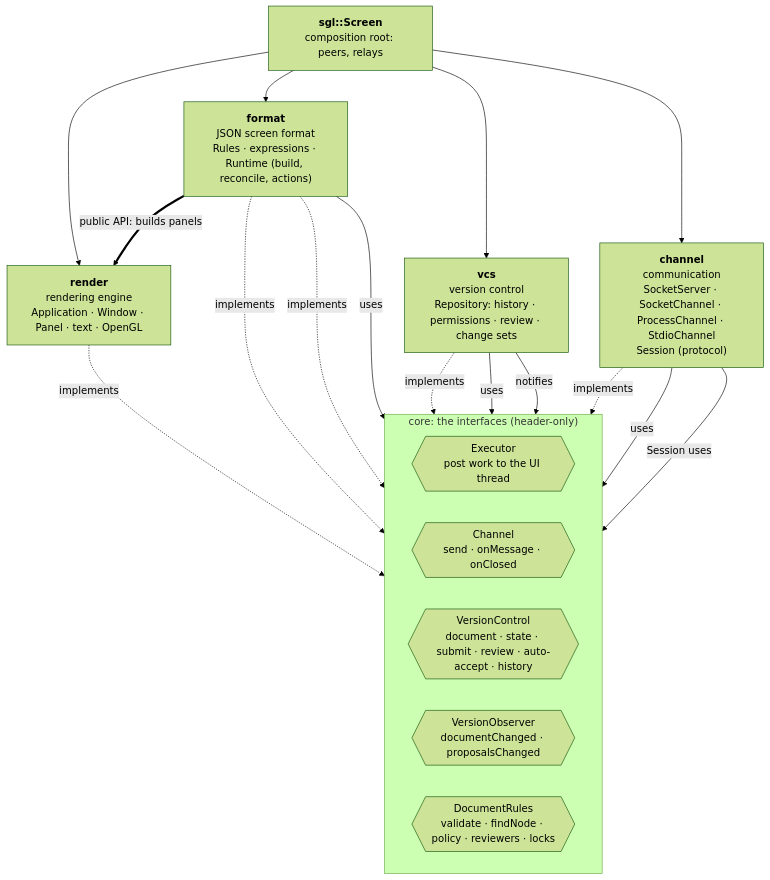
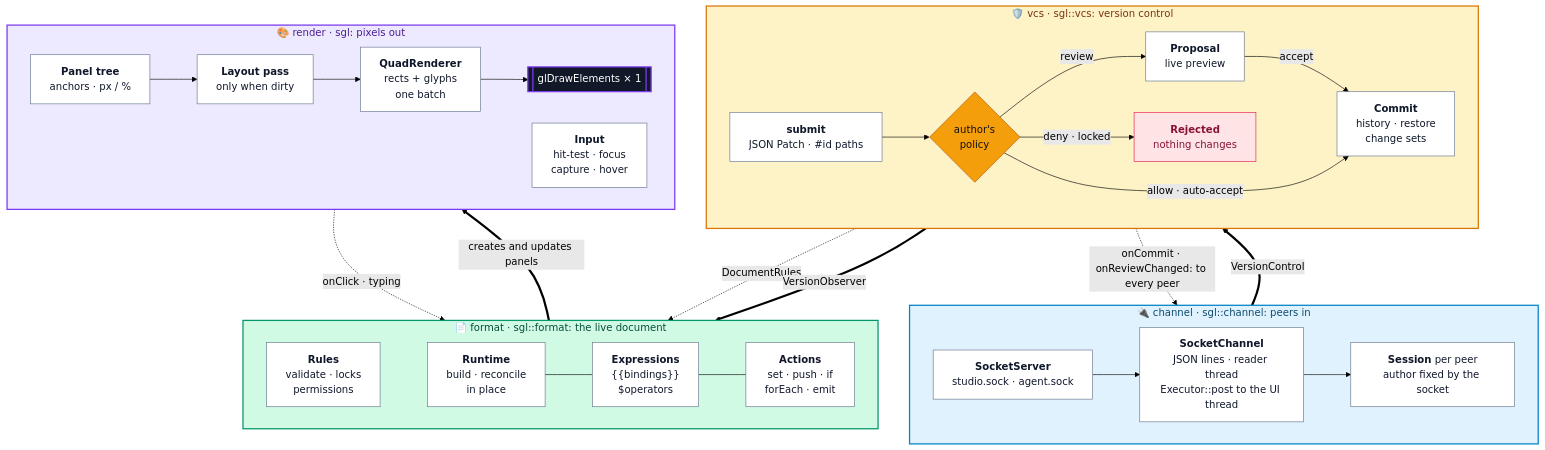
The second of 5 diagrams in README.md (RiccardoSottini/AffrescoUI), drawn with Mermaid (forest theme) before and after one commit. The commit also changed other lines of this file and 65 other files, not shown here.

First line of the commit message:
Document every function and replace the dashboard with five templates

````diff
--- a/README.md
+++ b/README.md
@@ -86,32 +211,46 @@
 ```mermaid
 flowchart TB
-    subgraph core["core: the interfaces (header-only)"]
+    subgraph CH["🔌 channel · sgl::channel: peers in"]
         direction LR
-        IExec{{"Executor<br/>post work to the UI thread"}}
-        IChan{{"Channel<br/>send · onMessage · onClosed"}}
-        IVcs{{"VersionControl<br/>document · state · submit · review · auto-accept · history"}}
-        IObs{{"VersionObserver<br/>documentChanged · proposalsChanged"}}
-        IRules{{"DocumentRules<br/>validate · findNode · policy · reviewers · locks"}}
+        SS["<b>SocketServer</b><br/>studio.sock · agent.sock"] --> SC["<b>SocketChannel</b><br/>JSON lines · reader thread<br/>Executor::post to the UI thread"] --> SE["<b>Session</b> per peer<br/>author fixed by the socket"]
     end
 
-    render["<b>render</b><br/>rendering engine<br/>Application · Window · Panel · text · OpenGL"]
-    format["<b>format</b><br/>JSON screen format<br/>Rules · expressions · Runtime (build, reconcile, actions)"]
-    vcs["<b>vcs</b><br/>version control<br/>Repository: history · permissions · review · change sets"]
-    channel["<b>channel</b><br/>communication<br/>SocketServer · SocketChannel · ProcessChannel · StdioChannel<br/>Session (protocol)"]
-    screen["<b>sgl::Screen</b><br/>composition root: peers, relays"]
+    subgraph VC["🛡️ vcs · sgl::vcs: version control"]
+        direction LR
+        SUB["<b>submit</b><br/>JSON Patch · #id paths"] --> POL{"author's<br/>policy"}
+        POL -- "review" --> PRO["<b>Proposal</b><br/>live preview"] -- "accept" --> COM
+        POL -- "allow · auto-accept" --> COM["<b>Commit</b><br/>history · restore<br/>change sets"]
+        POL -- "deny · locked" --> REJ["<b>Rejected</b><br/>nothing changes"]
+    end
 
-    render -.->|implements| IExec
-    channel -.->|implements| IChan
-    vcs -.->|implements| IVcs
-    format -.->|implements| IRules
-    format -.->|implements| IObs
+    subgraph FM["📄 format · sgl::format: the live document"]
+        direction LR
+        RU["<b>Rules</b><br/>validate · locks<br/>permissions"] ~~~ RT["<b>Runtime</b><br/>build · reconcile<br/>in place"] --- EXP["<b>Expressions</b><br/>{{bindings}}<br/>$operators"] --- ACT["<b>Actions</b><br/>set · push · if<br/>forEach · emit"]
+    end
 
-    channel -->|uses| IExec
-    channel -->|Session uses| IVcs
-    vcs -->|uses| IRules
-    vcs -->|notifies| IObs
-    format -->|uses| IVcs
-    format ==>|public API: builds panels| render
+    subgraph RD["🎨 render · sgl: pixels out"]
+        direction LR
+        TREE["<b>Panel tree</b><br/>anchors · px / %"] --> LAY["<b>Layout pass</b><br/>only when dirty"] --> QR["<b>QuadRenderer</b><br/>rects + glyphs<br/>one batch"] --> GL[["glDrawElements × 1"]]
+        IN["<b>Input</b><br/>hit-test · focus<br/>capture · hover"]
+    end
 
-    screen --> render & format & vcs & channel
+    SE == "VersionControl" ==> SUB
+    SUB -. "DocumentRules" .-> RU
+    COM == "VersionObserver" ==> RT
+    RT == "creates and updates panels" ==> TREE
+    IN -. "onClick · typing" .-> ACT
+    COM -. "onCommit · onReviewChanged: to every peer" .-> SE
+
+    style CH fill:#E0F2FE,stroke:#0284C7,stroke-width:2px,color:#0C4A6E
+    style VC fill:#FEF3C7,stroke:#D97706,stroke-width:2px,color:#78350F
+    style FM fill:#D1FAE5,stroke:#059669,stroke-width:2px,color:#064E3B
+    style RD fill:#EDE9FE,stroke:#7C3AED,stroke-width:2px,color:#4C1D95
+    classDef node fill:#FFFFFF,stroke:#64748B,color:#0F172A
+    class SS,SC,SE,SUB,PRO,COM,RU,RT,EXP,ACT,TREE,LAY,QR,IN node
+    classDef decision fill:#F59E0B,stroke:#B45309,color:#111
+    class POL decision
+    classDef hot fill:#111827,stroke:#7C3AED,stroke-width:2px,color:#fff
+    class GL hot
+    classDef no fill:#FFE4E6,stroke:#E11D48,color:#881337
+    class REJ no
 ```
````
